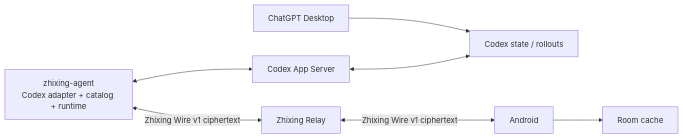
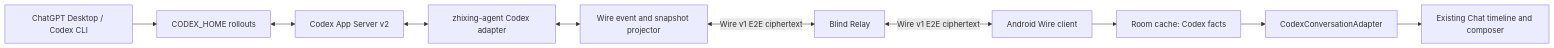
One commit to rgywd/zhixing changed the diagram in docs/zhixing/CODEX_NATIVE_ARCHITECTURE.md. Above: the diagram before and after it, drawn with Mermaid. The commit also changed other lines of this file and 12 other files, not shown here.

Commit message:
docs: define Codex native chat contract

````diff
--- a/docs/zhixing/CODEX_NATIVE_ARCHITECTURE.md
+++ b/docs/zhixing/CODEX_NATIVE_ARCHITECTURE.md
@@ -50,9 +160,12 @@
 ```mermaid
 flowchart LR
-    Desktop[ChatGPT Desktop] --> CodexState[Codex state / rollouts]
-    AppServer[Codex App Server] <--> CodexState
-    Agent[zhixing-agent\nCodex adapter + catalog + runtime] <--> AppServer
-    Agent <-->|Zhixing Wire v1 ciphertext| Relay[Zhixing Relay]
-    Relay <-->|Zhixing Wire v1 ciphertext| Android[Android]
-    Android --> Room[Room cache]
+    Desktop["ChatGPT Desktop / Codex CLI"] --> State["CODEX_HOME rollouts"]
+    State <--> AppServer["Codex App Server v2"]
+    AppServer <--> Adapter["zhixing-agent Codex adapter"]
+    Adapter <--> Projector["Wire event and snapshot projector"]
+    Projector <-->|"Wire v1 E2E ciphertext"| Relay["Blind Relay"]
+    Relay <-->|"Wire v1 E2E ciphertext"| Android["Android Wire client"]
+    Android --> Cache["Room cache: Codex facts"]
+    Cache --> ConversationAdapter["CodexConversationAdapter"]
+    ConversationAdapter --> ChatUI["Existing Chat timeline and composer"]
 ```
````
